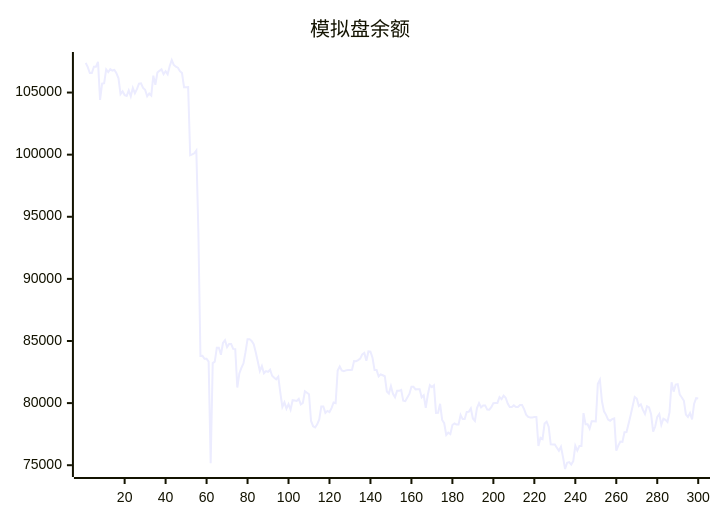
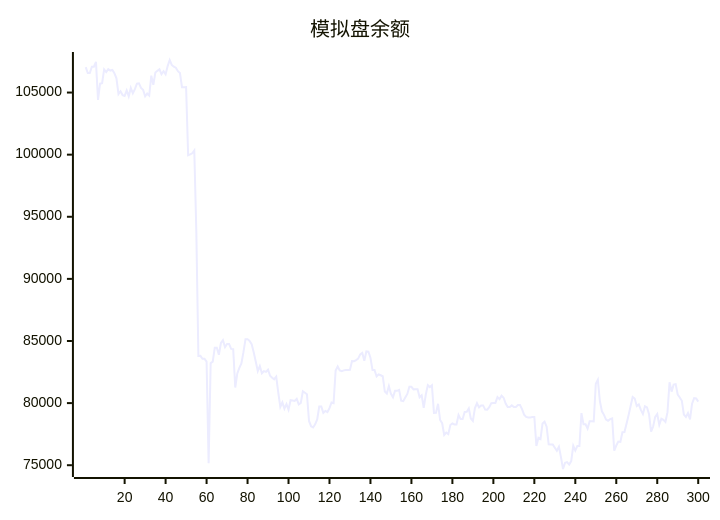
Before and after one commit to aahl/ai-trading: the diagram in README.md, drawn with Mermaid. The commit also changed other lines of this file and 1 other file, not shown here.

````diff
--- a/README.md
+++ b/README.md
@@ -5,5 +5,5 @@
 ```mermaid
 xychart
     title "模拟盘余额"
-    line [107393,107046,106565,106565,107081,107081,107478,104404,105715,105749,106866,106651,106889,106771,106816,106565,106141,104876,105103,104796,104734,105169,104690,105380,104941,105272,105709,105739,105374,105227,104691,104924,104762,106364,105628,106608,106748,106872,106485,106721,106468,107132,107620,107224,107080,107001,106717,106567,105431,105431,105440,99950,100017,100113,100337,93749,83795,83807,83567,83567,83342,75168,83222,83336,84448,84449,83896,84839,85065,84499,84757,84757,84364,84347,81254,82385,82835,83184,84099,85150,85150,85002,84751,84096,83356,82582,82983,82404,82572,82512,82688,82200,82047,81920,82125,80840,79688,80060,79552,79920,79470,80236,80208,80170,80336,79894,80006,80954,80837,80712,78561,78139,78037,78293,78682,79720,79720,79214,79372,79279,79591,80046,79993,82625,82950,82626,82571,82633,82670,82670,82681,83386,83378,83464,83579,83920,84037,83402,84160,84142,83652,82655,82655,82145,82315,82243,82163,80934,80770,81371,80742,80468,80989,80989,81067,80191,80155,80450,80737,81309,81309,81106,81119,81119,80471,80631,79624,80670,81448,81290,81429,79212,79222,79940,78643,78380,77432,77623,77504,78235,78358,78284,78277,79048,78714,78714,79290,79308,79567,78763,78563,79603,79988,79652,79813,79813,79476,79469,79673,79995,80015,80015,80486,80314,80600,80436,79966,79689,79689,79819,79692,79692,79850,79850,79518,79071,78889,78850,78850,78878,78878,76554,77202,77103,78357,78510,78106,76678,76677,76672,76411,76159,76485,75656,74695,75197,75246,75052,75334,76564,76179,76553,76551,79196,78300,78300,77944,78531,78531,78521,81564,81884,80160,79335,79055,78675,78580,78708,78764,76179,76586,76902,76876,77658,77669,78346,79023,79769,80497,80366,79761,79896,79448,79126,79749,79658,79097,77695,78114,78888,79126,78249,78738,78653,78478,79271,81680,80923,81488,81527,80681,80455,80190,79084,78879,79193,78686,79954,80403,80374]
+    line [107046,106565,106565,107081,107081,107478,104404,105715,105749,106866,106651,106889,106771,106816,106565,106141,104876,105103,104796,104734,105169,104690,105380,104941,105272,105709,105739,105374,105227,104691,104924,104762,106364,105628,106608,106748,106872,106485,106721,106468,107132,107620,107224,107080,107001,106717,106567,105431,105431,105440,99950,100017,100113,100337,93749,83795,83807,83567,83567,83342,75168,83222,83336,84448,84449,83896,84839,85065,84499,84757,84757,84364,84347,81254,82385,82835,83184,84099,85150,85150,85002,84751,84096,83356,82582,82983,82404,82572,82512,82688,82200,82047,81920,82125,80840,79688,80060,79552,79920,79470,80236,80208,80170,80336,79894,80006,80954,80837,80712,78561,78139,78037,78293,78682,79720,79720,79214,79372,79279,79591,80046,79993,82625,82950,82626,82571,82633,82670,82670,82681,83386,83378,83464,83579,83920,84037,83402,84160,84142,83652,82655,82655,82145,82315,82243,82163,80934,80770,81371,80742,80468,80989,80989,81067,80191,80155,80450,80737,81309,81309,81106,81119,81119,80471,80631,79624,80670,81448,81290,81429,79212,79222,79940,78643,78380,77432,77623,77504,78235,78358,78284,78277,79048,78714,78714,79290,79308,79567,78763,78563,79603,79988,79652,79813,79813,79476,79469,79673,79995,80015,80015,80486,80314,80600,80436,79966,79689,79689,79819,79692,79692,79850,79850,79518,79071,78889,78850,78850,78878,78878,76554,77202,77103,78357,78510,78106,76678,76677,76672,76411,76159,76485,75656,74695,75197,75246,75052,75334,76564,76179,76553,76551,79196,78300,78300,77944,78531,78531,78521,81564,81884,80160,79335,79055,78675,78580,78708,78764,76179,76586,76902,76876,77658,77669,78346,79023,79769,80497,80366,79761,79896,79448,79126,79749,79658,79097,77695,78114,78888,79126,78249,78738,78653,78478,79271,81680,80923,81488,81527,80681,80455,80190,79084,78879,79193,78686,79954,80403,80374,80118]
 ```
````
